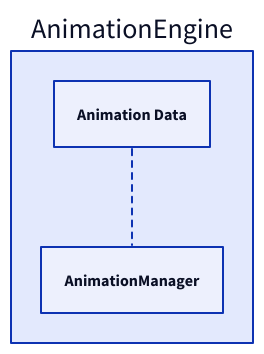
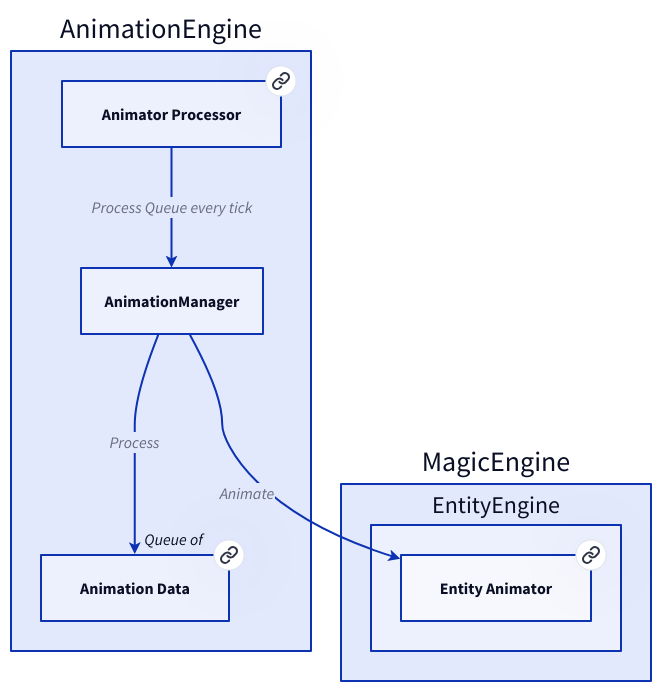
One commit to Portevent/Brume-Documentation changed the diagram in doc/AnimationEngine/AnimationManager.md. Above: the diagram before and after it, drawn with D2. The commit also changed other lines of this file and 88 other files, not shown here.

````diff
--- a/doc/AnimationEngine/AnimationManager.md
+++ b/doc/AnimationEngine/AnimationManager.md
@@ -12,10 +12,33 @@
 ```d2
 # Nodes :
+MagicEngine: {
+    EntityEngine: {
+        EntityAnimator: Entity Animator {
+           link: EntityAnimator
+        }
+    }
+}
 AnimationEngine: {
-    AnimationData: Animation Data
+    AnimatorProcessor: Animator Processor {
+       link: AnimatorProcessor
+    }
+    AnimationData: Animation Data {
+       link: AnimationData
+    }
 }
 
 # Links :
-AnimationEngine.AnimationData -- AnimationEngine.AnimationManager: {style.stroke-dash: 3}
+AnimationEngine.AnimationManager -> AnimationEngine.AnimationData: Process {
+source-arrowhead: {}
+target-arrowhead: Queue of{shape: arrow}
+}
+AnimationEngine.AnimationManager -> MagicEngine.EntityEngine.EntityAnimator: Animate {
+source-arrowhead: {}
+target-arrowhead: {shape: arrow}
+}
+AnimationEngine.AnimatorProcessor -> AnimationEngine.AnimationManager: Process Queue every tick {
+source-arrowhead: {}
+target-arrowhead: {shape: arrow}
+}
 
 ```
````
